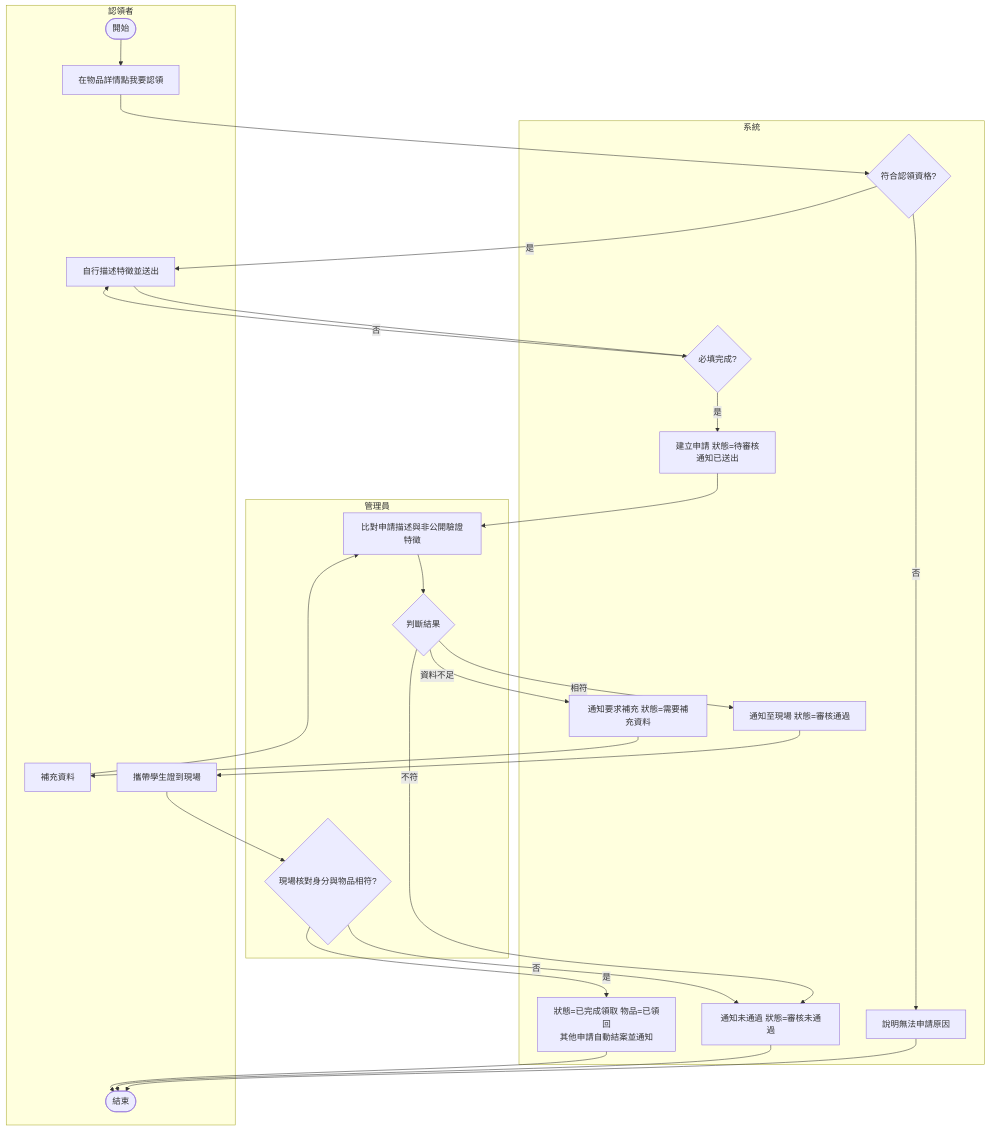
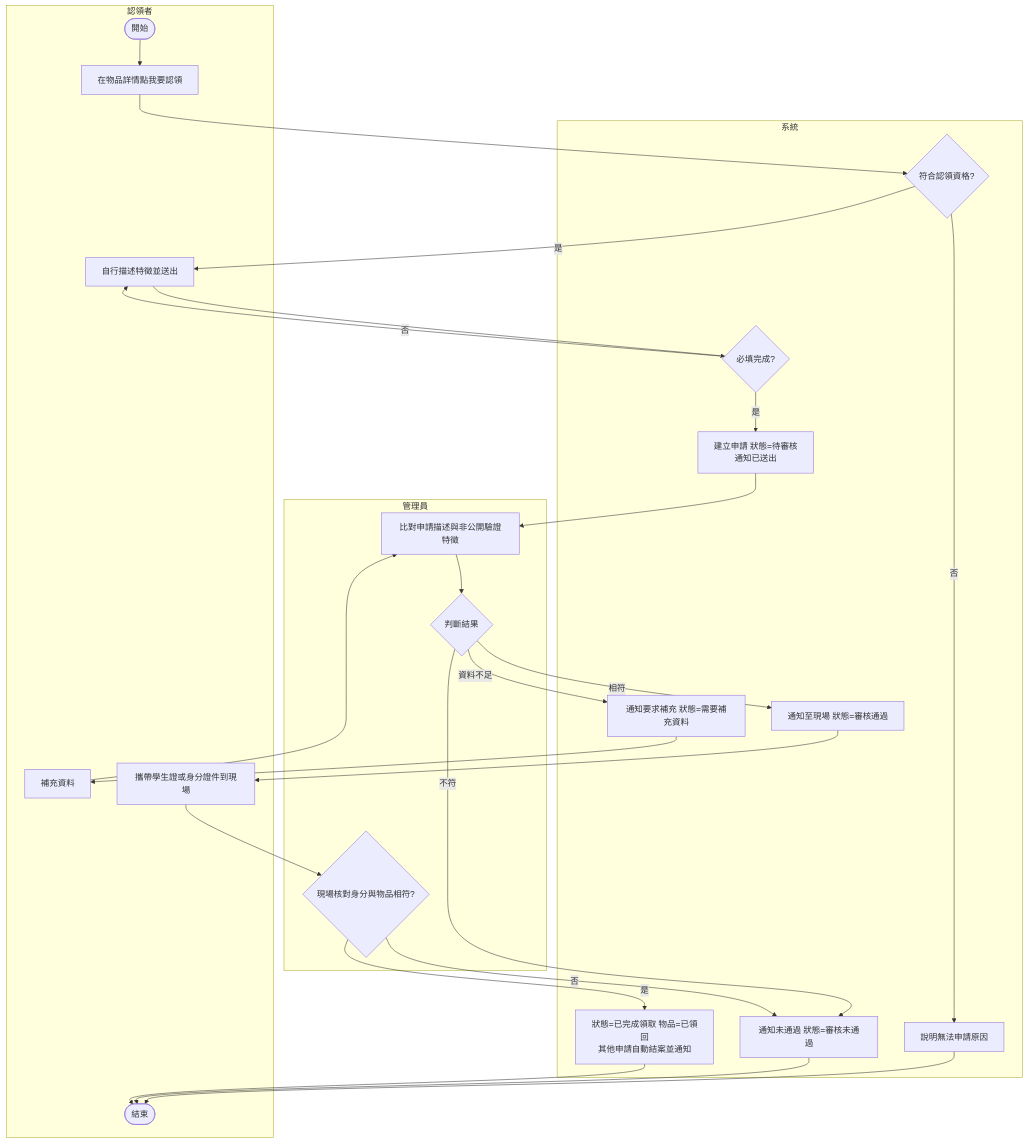
Before and after one commit to ymnu-sys/-: the eighth of 8 diagrams in hw4.md, drawn with Mermaid. The commit also changed other lines of this file and 19 other files, not shown here.

````diff
--- a/hw4.md
+++ b/hw4.md
@@ -350,35 +352,35 @@
 ```mermaid
 flowchart TD
     subgraph 認領者
         C0([開始]) --> C1[在物品詳情點我要認領]
         C3[自行描述特徵並送出]
         C6[補充資料]
-        C8[攜帶學生證到現場]
+        C8[攜帶學生證或身分證件到現場]
         C9([結束])
     end
     subgraph 系統
         S1{符合認領資格?}
         S1x[說明無法申請原因]
         S2{必填完成?}
         S3[建立申請 狀態=待審核<br/>通知已送出]
         S4[通知要求補充 狀態=需要補充資料]
         S5[通知未通過 狀態=審核未通過]
         S6[通知至現場 狀態=審核通過]
         S7[狀態=已完成領取 物品=已領回<br/>其他申請自動結案並通知]
     end
     subgraph 管理員
         M1[比對申請描述與非公開驗證特徵]
         M2{判斷結果}
         M3{現場核對身分與物品相符?}
     end
     C1 --> S1
     S1 -- 否 --> S1x --> C9
     S1 -- 是 --> C3 --> S2
     S2 -- 否 --> C3
     S2 -- 是 --> S3 --> M1 --> M2
     M2 -- 資料不足 --> S4 --> C6 --> M1
     M2 -- 不符 --> S5 --> C9
     M2 -- 相符 --> S6 --> C8 --> M3
     M3 -- 是 --> S7 --> C9
     M3 -- 否 --> S5
 ```
````
